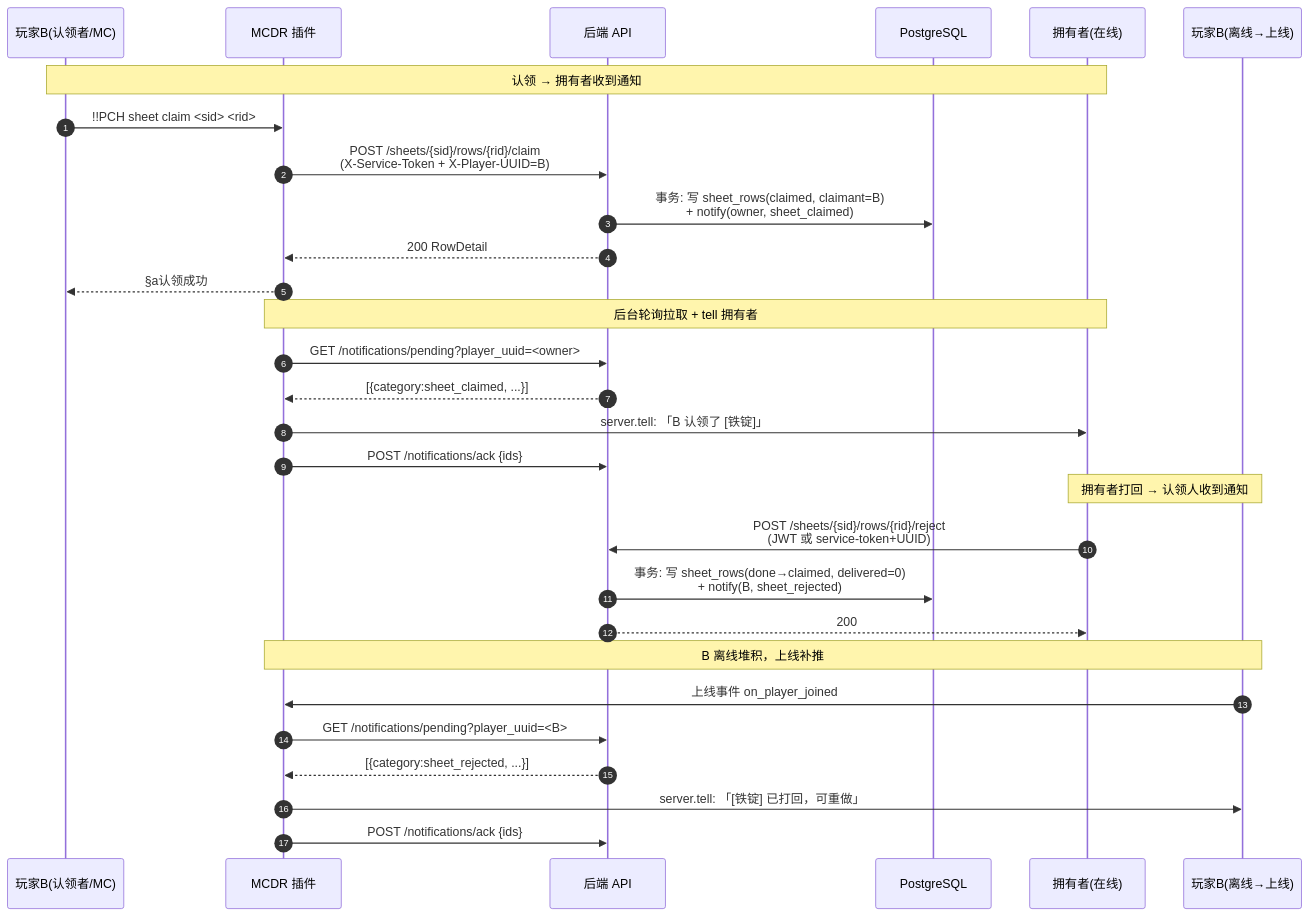
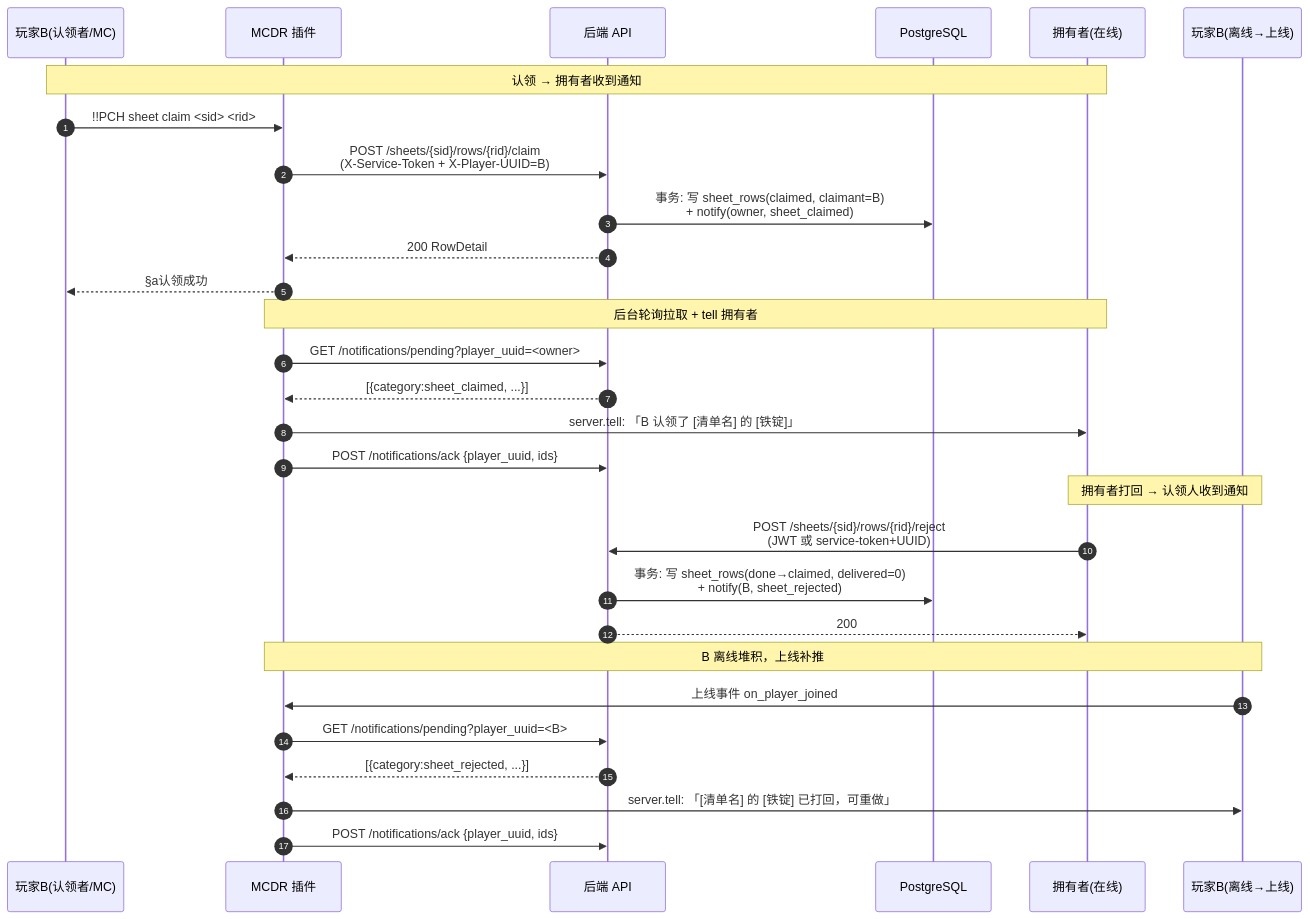
One commit to YuShenLiu06/PCHSystem changed the seventh of 7 diagrams in Docs/architecture.md. Above: the diagram before and after it, drawn with Mermaid. The commit also changed 14 other files, not shown here.

First line of the commit message:
fix(mcdr): sheets 通知体验修复（文案补清单名/ack 防越权/空列表按钮/默认轮询2s）

````diff
--- a/Docs/architecture.md
+++ b/Docs/architecture.md
@@ -281,35 +281,35 @@
 ```mermaid
 sequenceDiagram
     autonumber
     participant B as 玩家B(认领者/MC)
     participant MCDR as MCDR 插件
     participant API as 后端 API
     participant DB as PostgreSQL
     participant O as 拥有者(在线)
     participant BO as 玩家B(离线→上线)
 
     Note over B,O: 认领 → 拥有者收到通知
     B->>MCDR: !!PCH sheet claim <sid> <rid>
     MCDR->>API: POST /sheets/{sid}/rows/{rid}/claim<br/>(X-Service-Token + X-Player-UUID=B)
     API->>DB: 事务: 写 sheet_rows(claimed, claimant=B)<br/>+ notify(owner, sheet_claimed)
     API-->>MCDR: 200 RowDetail
     MCDR-->>B: §a认领成功
 
     Note over MCDR,O: 后台轮询拉取 + tell 拥有者
     MCDR->>API: GET /notifications/pending?player_uuid=<owner>
     API-->>MCDR: [{category:sheet_claimed, ...}]
-    MCDR->>O: server.tell: 「B 认领了 [铁锭]」
-    MCDR->>API: POST /notifications/ack {ids}
+    MCDR->>O: server.tell: 「B 认领了 [清单名] 的 [铁锭]」
+    MCDR->>API: POST /notifications/ack {player_uuid, ids}
 
     Note over O,BO: 拥有者打回 → 认领人收到通知
     O->>API: POST /sheets/{sid}/rows/{rid}/reject<br/>(JWT 或 service-token+UUID)
     API->>DB: 事务: 写 sheet_rows(done→claimed, delivered=0)<br/>+ notify(B, sheet_rejected)
     API-->>O: 200
 
     Note over MCDR,BO: B 离线堆积，上线补推
     BO->>MCDR: 上线事件 on_player_joined
     MCDR->>API: GET /notifications/pending?player_uuid=<B>
     API-->>MCDR: [{category:sheet_rejected, ...}]
-    MCDR->>BO: server.tell: 「[铁锭] 已打回，可重做」
-    MCDR->>API: POST /notifications/ack {ids}
+    MCDR->>BO: server.tell: 「[清单名] 的 [铁锭] 已打回，可重做」
+    MCDR->>API: POST /notifications/ack {player_uuid, ids}
 ```
````
